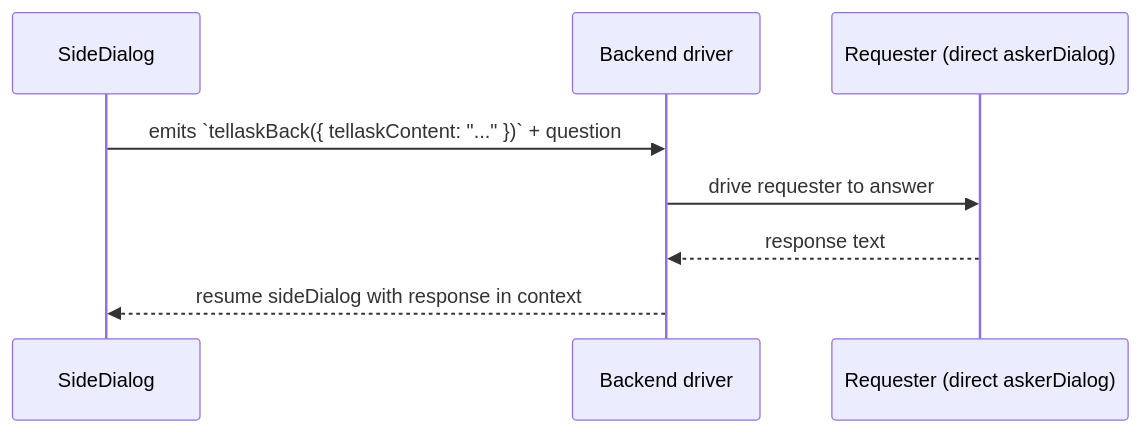
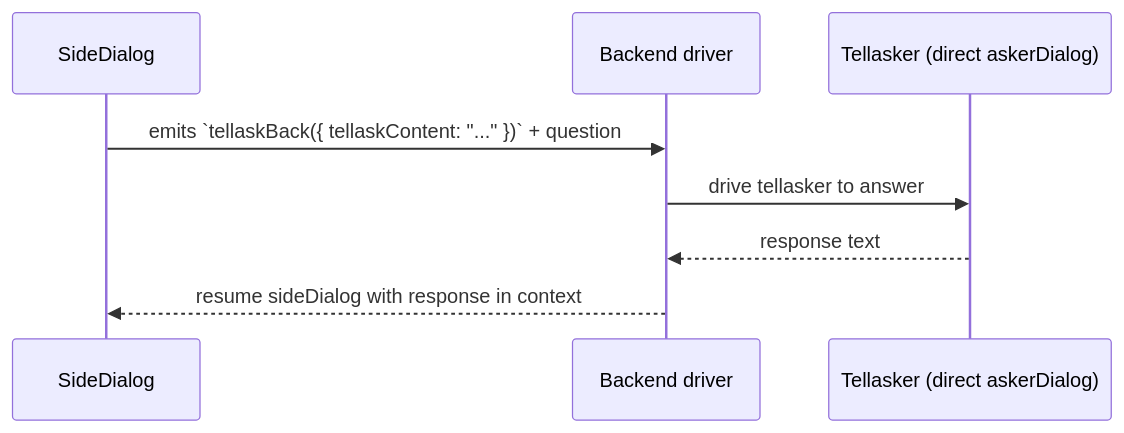
Before and after one commit to longrun-ai/dominds: diagram 11 of 18 in docs/dialog-system.md, drawn with Mermaid. The commit also changed other lines of this file and 66 other files, not shown here.

````diff
--- a/docs/dialog-system.md
+++ b/docs/dialog-system.md
@@ -1259,11 +1259,11 @@
 ```mermaid
 sequenceDiagram
   participant Side as SideDialog
   participant Driver as Backend driver
-  participant Asker as Requester (direct askerDialog)
+  participant Asker as Tellasker (direct askerDialog)
 
   Side->>Driver: emits `tellaskBack({ tellaskContent: "..." })` + question
-  Driver->>Asker: drive requester to answer
+  Driver->>Asker: drive tellasker to answer
   Asker-->>Driver: response text
   Driver-->>Side: resume sideDialog with response in context
 ```
````
